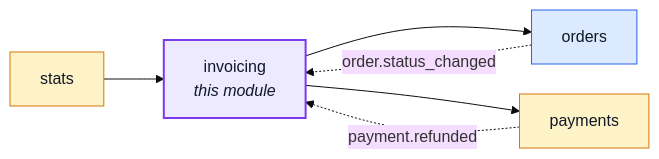
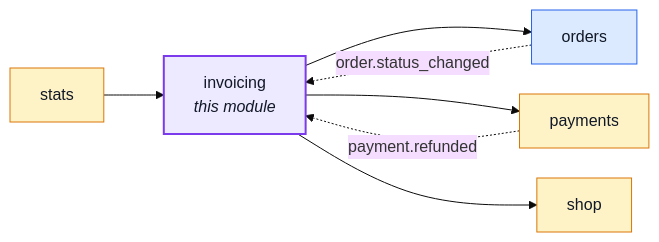
The first of 4 diagrams in docs/modules/invoicing.md (Guebbit/boilerplate-node-backend), drawn with Mermaid (base theme) before and after one commit. The commit also changed 70 other files, not shown here.

````diff
--- a/docs/modules/invoicing.md
+++ b/docs/modules/invoicing.md
@@ -18,22 +18,24 @@
 ```mermaid
 %%{init: {'flowchart': {'nodeSpacing': 30, 'rankSpacing': 60}}}%%
 flowchart LR
     invoicing["invoicing<br/><i>this module</i>"]
     orders["orders"]
     payments["payments"]
+    shop["shop"]
     stats["stats"]
 
     stats --> invoicing
     invoicing --> orders
     invoicing --> payments
+    invoicing --> shop
     orders -. "order.status_changed" .-> invoicing
     payments -. "payment.refunded" .-> invoicing
 
     classDef core fill:#dbeafe,stroke:#2563eb,color:#111827;
     classDef supporting fill:#fef3c7,stroke:#d97706,color:#111827;
     classDef generic fill:#dcfce7,stroke:#16a34a,color:#111827;
     classDef centre fill:#ede9fe,stroke:#7c3aed,stroke-width:2px,color:#111827;
     class orders core;
-    class payments,stats supporting;
+    class payments,shop,stats supporting;
     class invoicing centre;
 ```
````
